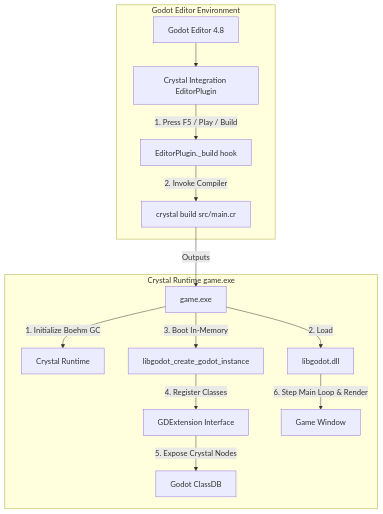
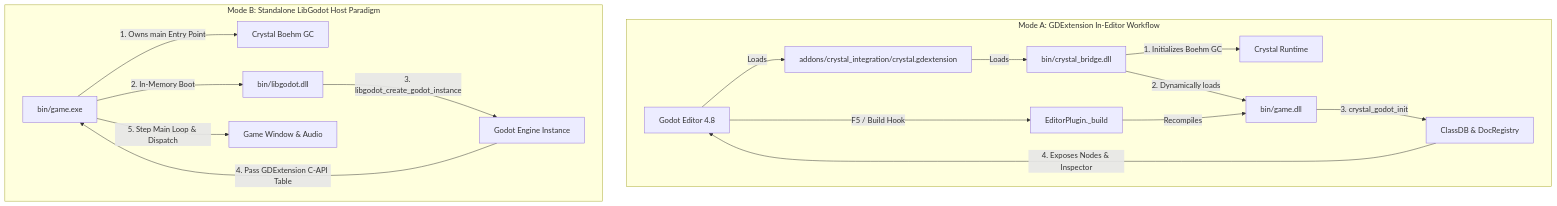
Before and after one commit to sol-vin/libgodot: the diagram in README.md, drawn with Mermaid. The commit also changed other lines of this file and 5 other files, not shown here.

````diff
--- a/README.md
+++ b/README.md
@@ -13,18 +15,21 @@
 ```mermaid
 graph TD
-    subgraph Godot Editor Environment
-        GE[Godot Editor 4.8] --> EP[Crystal Integration EditorPlugin]
-        EP -->|1. Press F5 / Play / Build| BH[EditorPlugin._build hook]
-        BH -->|2. Invoke Compiler| CB[crystal build src/main.cr]
+    subgraph Mode A: GDExtension In-Editor Workflow
+        GE[Godot Editor 4.8] -->|Loads| GDX[addons/crystal_integration/crystal.gdextension]
+        GDX -->|Loads| CB[bin/crystal_bridge.dll]
+        CB -->|1. Initializes Boehm GC| CRT[Crystal Runtime]
+        CB -->|2. Dynamically loads| GDL[bin/game.dll]
+        GDL -->|3. crystal_godot_init| REG[ClassDB & DocRegistry]
+        REG -->|4. Exposes Nodes & Inspector| GE
+        GE -->|F5 / Build Hook| EB[EditorPlugin._build]
+        EB -->|Recompiles| GDL
     end
 
-    subgraph Crystal Runtime game.exe
-        CB -->|Outputs| EXE[game.exe]
-        EXE -->|1. Initialize Boehm GC| GC[Crystal Runtime]
-        EXE -->|2. Load| LG[libgodot.dll]
-        EXE -->|3. Boot In-Memory| GDI[libgodot_create_godot_instance]
-        GDI -->|4. Register Classes| GDE[GDExtension Interface]
-        GDE -->|5. Expose Crystal Nodes| CDB[Godot ClassDB]
-        LG -->|6. Step Main Loop & Render| WIN[Game Window]
+    subgraph Mode B: Standalone LibGodot Host Paradigm
+        EXE[bin/game.exe] -->|1. Owns main Entry Point| CRTM[Crystal Boehm GC]
+        EXE -->|2. In-Memory Boot| LGD[bin/libgodot.dll]
+        LGD -->|3. libgodot_create_godot_instance| GINST[Godot Engine Instance]
+        GINST -->|4. Pass GDExtension C-API Table| EXE
+        EXE -->|5. Step Main Loop & Dispatch| WIN[Game Window & Audio]
     end
 ```
````
